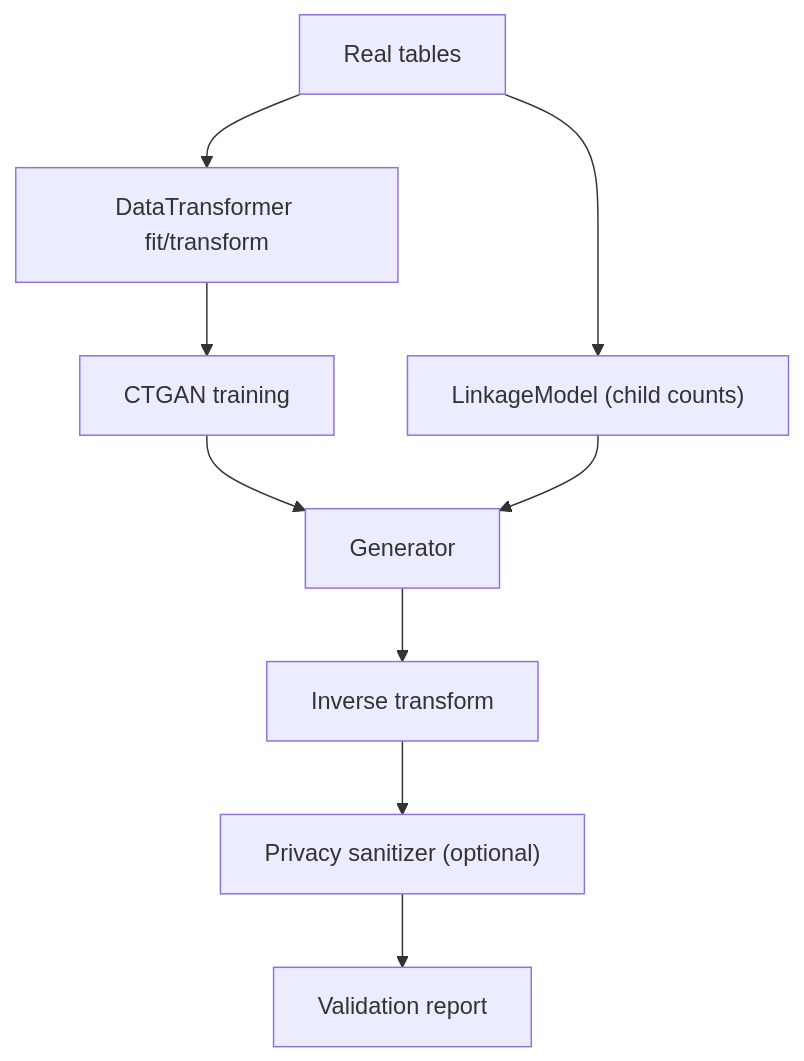
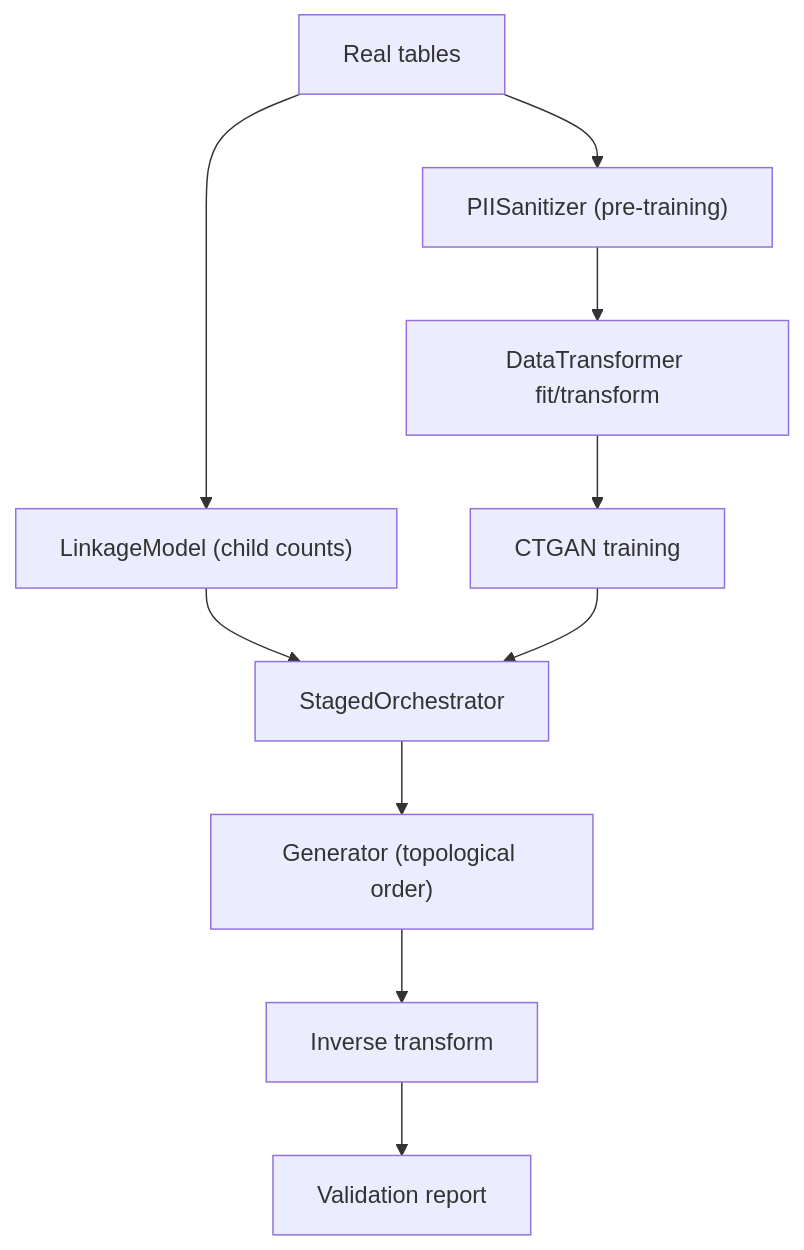
One commit to ardada2468/SynthoHive changed the diagram in docs/data-flow.md. Above: the diagram before and after it, drawn with Mermaid. The commit also changed other lines of this file and 20 other files, not shown here.

````diff
--- a/docs/data-flow.md
+++ b/docs/data-flow.md
@@ -7,11 +7,12 @@
 ```mermaid
 flowchart TD
-    A["Real tables"] --> B["DataTransformer fit/transform"]
+    A["Real tables"] --> P["PIISanitizer (pre-training)"]
+    P --> B["DataTransformer fit/transform"]
+    A --> D["LinkageModel (child counts)"]
     B --> C["CTGAN training"]
-    A --> D["LinkageModel (child counts)"]
-    C --> E["Generator"]
-    D --> E
-    E --> F["Inverse transform"]
-    F --> G["Privacy sanitizer (optional)"]
+    D --> E["StagedOrchestrator"]
+    C --> E
+    E --> F["Generator (topological order)"]
+    F --> G["Inverse transform"]
     G --> H["Validation report"]
 ```
````
